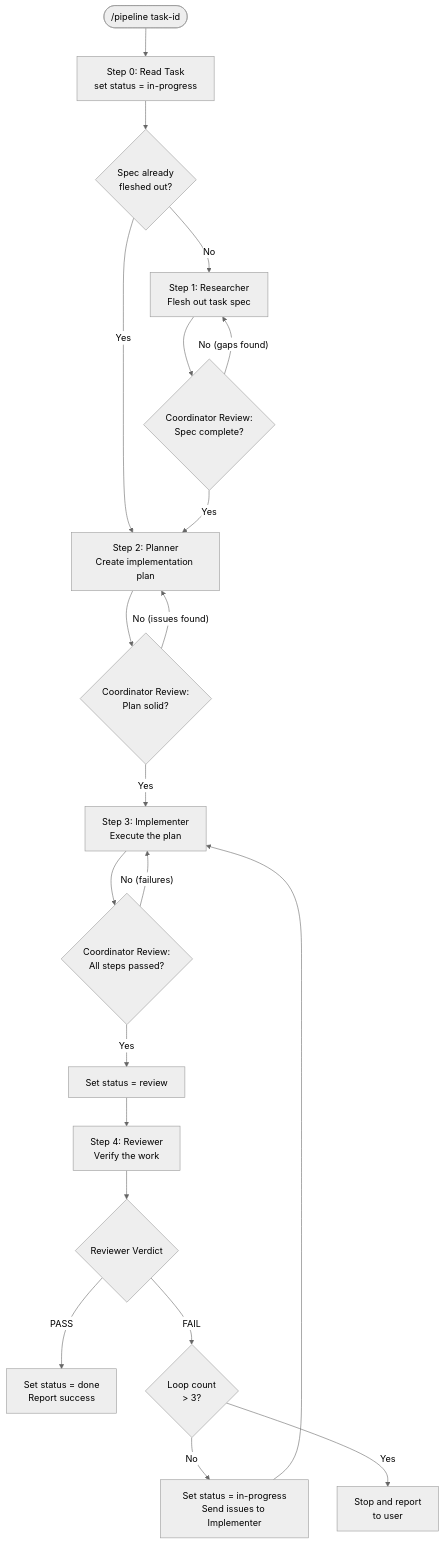
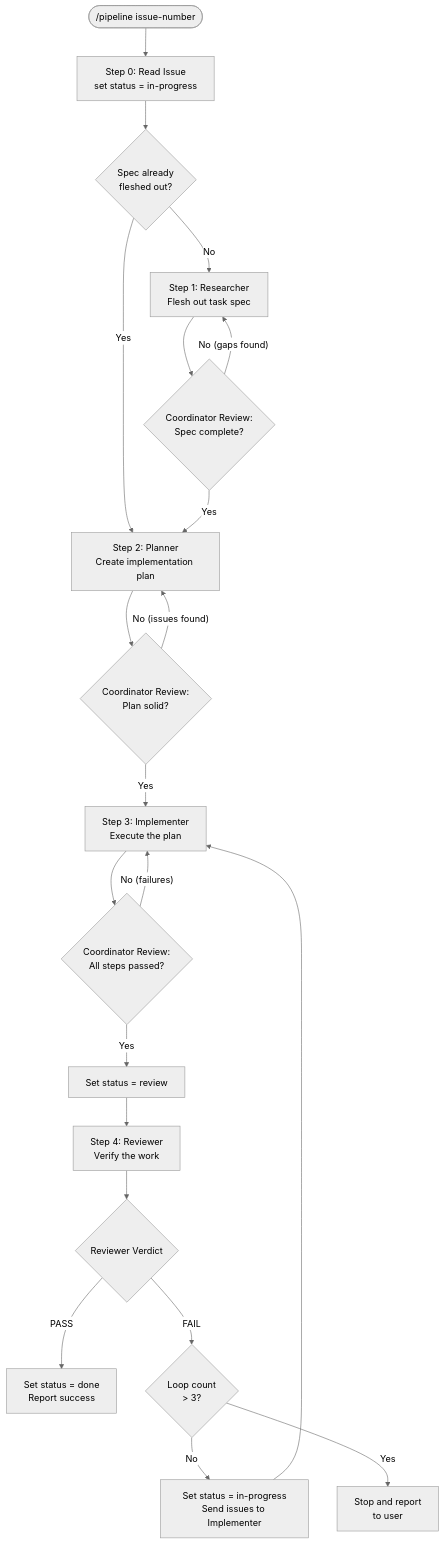
One commit to ksizzle88/leafwiki changed the first of 6 diagrams in .claude/commands/pipeline-deprecated.md. Above: the diagram before and after it, drawn with Mermaid (neutral theme). The commit also changed other lines of this file and 27 other files, not shown here.

````diff
--- a/.claude/commands/pipeline-deprecated.md
+++ b/.claude/commands/pipeline-deprecated.md
@@ -24,28 +24,28 @@
 ```mermaid
 flowchart TD
-    Start(["/pipeline task-id"]) --> Step0["Step 0: Read Task\nset status = in-progress"]
+    Start(["/pipeline issue-number"]) --> Step0["Step 0: Read Issue\nset status = in-progress"]
     Step0 --> SpecCheck{"Spec already\nfleshed out?"}
 
     SpecCheck -- No --> R["Step 1: Researcher\nFlesh out task spec"]
     SpecCheck -- Yes --> P
 
     R --> RReview{"Coordinator Review:\nSpec complete?"}
     RReview -- "No (gaps found)" --> R
     RReview -- Yes --> P
 
     P["Step 2: Planner\nCreate implementation plan"] --> PReview{"Coordinator Review:\nPlan solid?"}
     PReview -- "No (issues found)" --> P
     PReview -- Yes --> I
 
     I["Step 3: Implementer\nExecute the plan"] --> IReview{"Coordinator Review:\nAll steps passed?"}
     IReview -- "No (failures)" --> I
     IReview -- Yes --> SetReview["Set status = review"]
 
     SetReview --> Rev["Step 4: Reviewer\nVerify the work"]
     Rev --> Verdict{"Reviewer Verdict"}
     Verdict -- PASS --> Done["Set status = done\nReport success"]
     Verdict -- FAIL --> LoopCheck{"Loop count\n> 3?"}
     LoopCheck -- No --> BackToImpl["Set status = in-progress\nSend issues to Implementer"]
     BackToImpl --> I
     LoopCheck -- Yes --> Escalate["Stop and report\nto user"]
 ```
````
